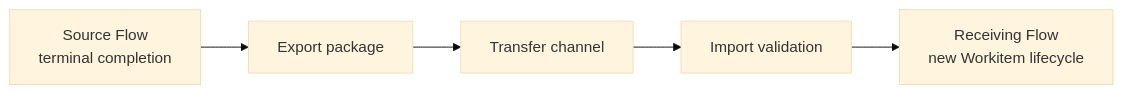
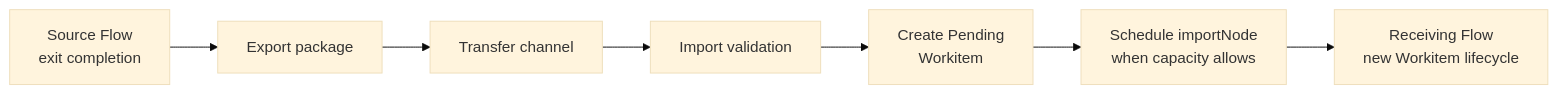
One commit to really-knows-ai/gideas changed the first of 3 diagrams in 02-flow/06-cross-flow.md. Above: the diagram before and after it, drawn with Mermaid (base theme). The commit also changed other lines of this file and 11 other files, not shown here.

````diff
--- a/02-flow/06-cross-flow.md
+++ b/02-flow/06-cross-flow.md
@@ -25,7 +25,9 @@
 ```mermaid
 flowchart LR
-    SF["Source Flow<br/>terminal completion"] --> EX["Export package"]
+    SF["Source Flow<br/>exit completion"] --> EX["Export package"]
     EX --> TR["Transfer channel"]
     TR --> IM["Import validation"]
-    IM --> RW["Receiving Flow<br/>new Workitem lifecycle"]
+    IM --> PD["Create Pending<br/>Workitem"]
+    PD --> IN["Schedule importNode<br/>when capacity allows"]
+    IN --> RW["Receiving Flow<br/>new Workitem lifecycle"]
 ```
````
